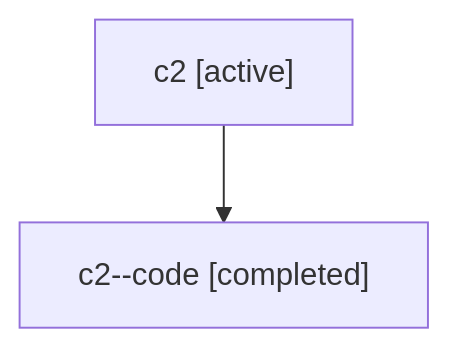
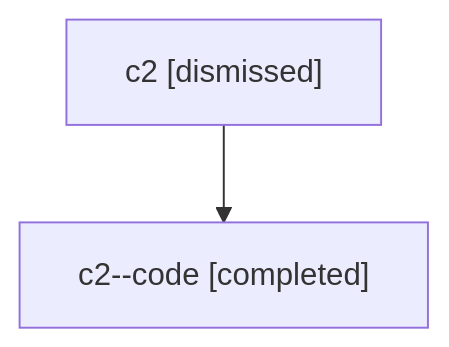
The diagram in sessions/bbugyi200.athena.c2.md (sase-org/sase--agents), drawn with Mermaid before and after one commit. The commit also changed other lines of this file and 22 other files, not shown here.

````diff
--- a/sessions/bbugyi200.athena.c2.md
+++ b/sessions/bbugyi200.athena.c2.md
@@ -9,6 +9,6 @@
 ```mermaid
 flowchart TD
-  n0["c2 [active]"]
+  n0["c2 [dismissed]"]
   n1["c2--code [completed]"]
   n0 --> n1
 ```
````
